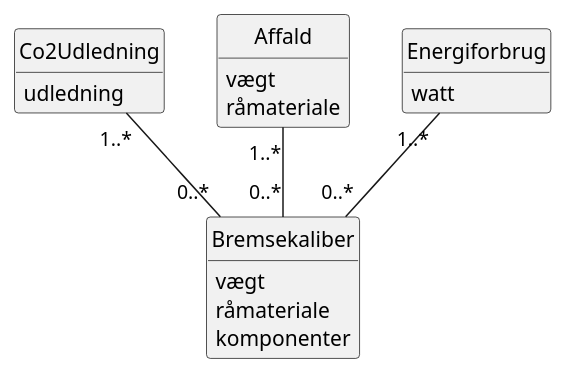
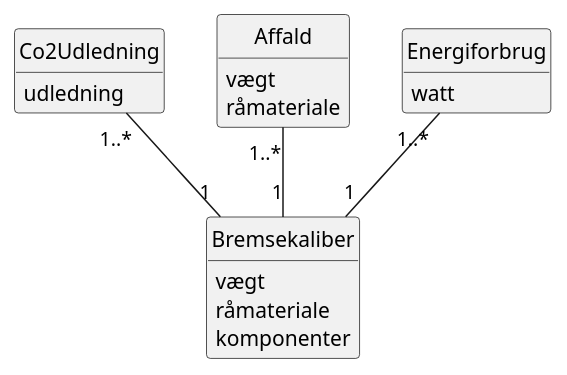
Before and after one commit to FilipMeldal/Team1A: the diagram in Budweg/Artefacts/BudwegDomainModel.plantuml, drawn with PlantUML. The commit also changed 3 other files, not shown here.

```diff
--- a/Budweg/Artefacts/BudwegDomainModel.plantuml
+++ b/Budweg/Artefacts/BudwegDomainModel.plantuml
@@ -1,33 +1,33 @@
 @startuml
 hide circle
 hide empty members
 
-Co2Udledning "1..*" -- "0..*" Bremsekaliber
-Affald "1..*" -- "0..*" Bremsekaliber
-Energiforbrug "1..*" -- "0..*" Bremsekaliber
+Co2Udledning "1..*" -- "1" Bremsekaliber
+Affald "1..*" -- "1" Bremsekaliber
+Energiforbrug "1..*" -- "1" Bremsekaliber
 
 Class Bremsekaliber
 {
     vægt
     råmateriale
     komponenter
 }
 
 Class Co2Udledning 
 {
     udledning
 }
 
 Class Affald
 {
     vægt
     råmateriale
 }
 
 Class Energiforbrug
 {
     watt
 }
 
 
 @enduml
```
